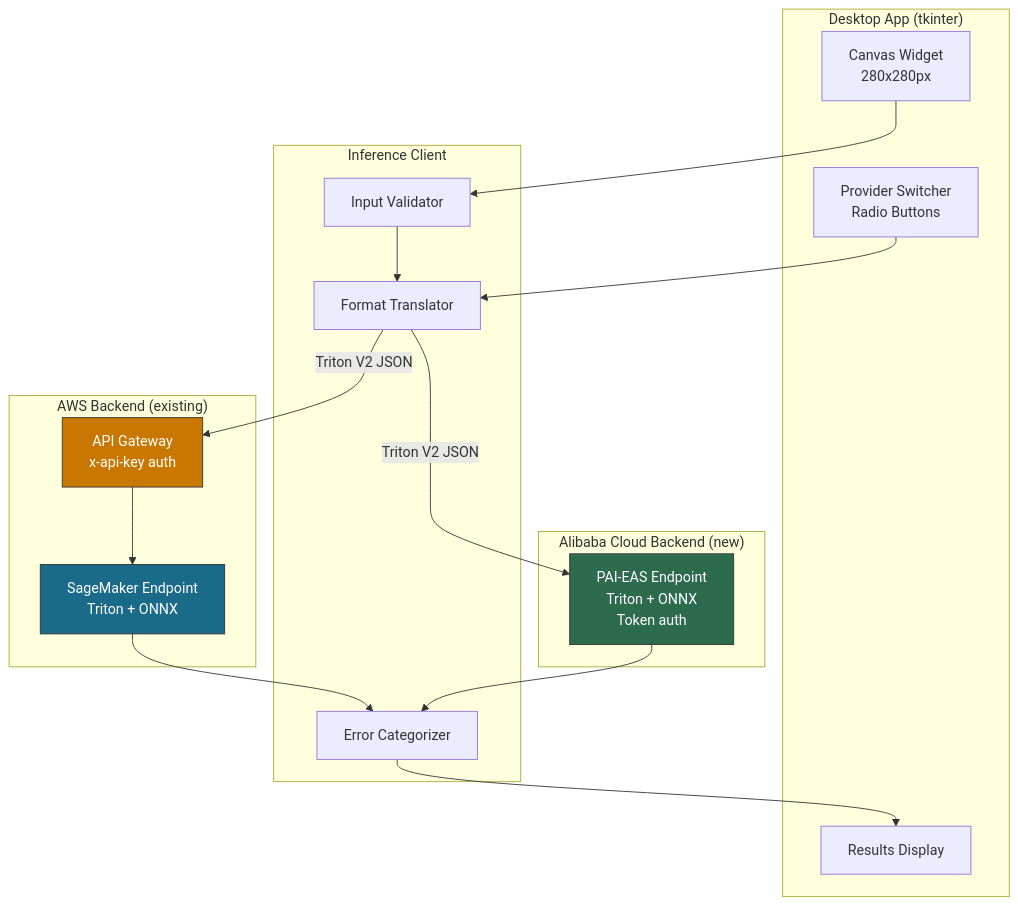
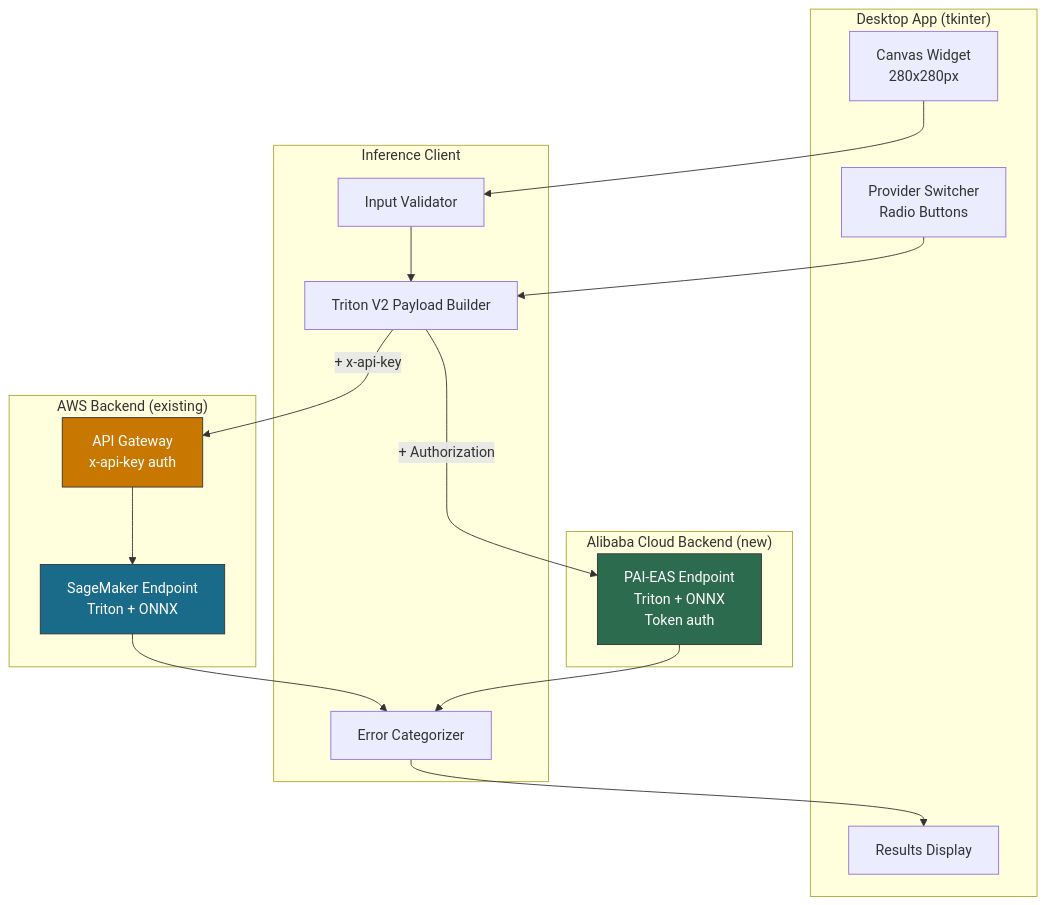
One commit to ruhuitay/sagemaker changed the first of 4 diagrams in .kiro/specs/multi-cloud-inference/design.md. Above: the diagram before and after it, drawn with Mermaid. The commit also changed other lines of this file and 5 other files, not shown here.

````diff
--- a/.kiro/specs/multi-cloud-inference/design.md
+++ b/.kiro/specs/multi-cloud-inference/design.md
@@ -15,37 +15,37 @@
 ```mermaid
 graph TB
     subgraph Desktop["Desktop App (tkinter)"]
         Canvas[Canvas Widget<br/>280x280px]
         Switcher[Provider Switcher<br/>Radio Buttons]
         Results[Results Display]
     end
 
     subgraph Client["Inference Client"]
         Validator[Input Validator]
-        Translator[Format Translator]
+        Payload[Triton V2 Payload Builder]
         ErrorHandler[Error Categorizer]
     end
 
     subgraph AWS["AWS Backend (existing)"]
         APIGW[API Gateway<br/>x-api-key auth]
         SM[SageMaker Endpoint<br/>Triton + ONNX]
     end
 
     subgraph Alicloud["Alibaba Cloud Backend (new)"]
         EAS[PAI-EAS Endpoint<br/>Triton + ONNX<br/>Token auth]
     end
 
     Canvas --> Validator
-    Switcher --> Translator
-    Validator --> Translator
-    Translator -->|Triton V2 JSON| APIGW
-    Translator -->|Triton V2 JSON| EAS
+    Validator --> Payload
+    Switcher --> Payload
+    Payload -->|+ x-api-key| APIGW
+    Payload -->|+ Authorization| EAS
     APIGW --> SM
     SM --> ErrorHandler
     EAS --> ErrorHandler
     ErrorHandler --> Results
 
     style APIGW fill:#c87800,stroke:#333,color:#fff
     style SM fill:#1a6b8a,stroke:#333,color:#fff
     style EAS fill:#2d6b4f,stroke:#333,color:#fff
 ```
````
